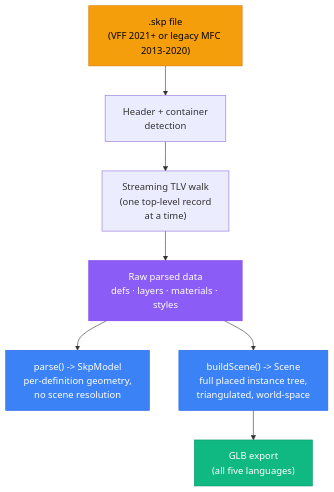
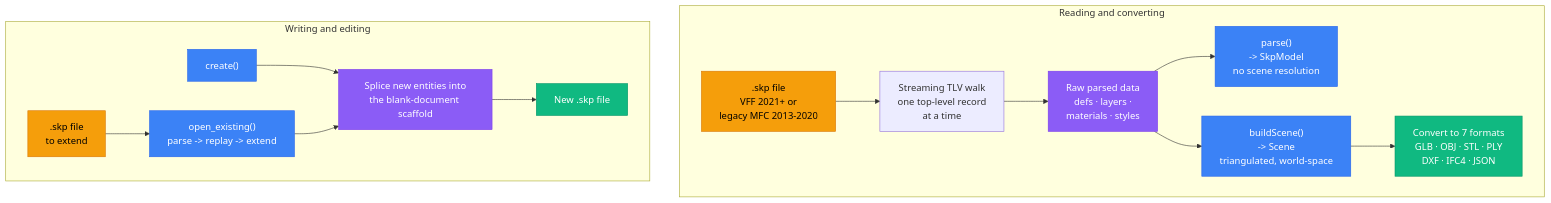
Before and after one commit to iamahsanmehmood/openskp: the diagram in README.md, drawn with Mermaid. The commit also changed other lines of this file, not shown here.

First line of the commit message:
README: add a visual AI-showcase section, rebuild the architecture diagram

````diff
--- a/README.md
+++ b/README.md
@@ -306,15 +340,30 @@
 ```mermaid
 graph TB
-    SKP[".skp file<br/>(VFF 2021+ or legacy MFC 2013-2020)"] --> HDR["Header + container<br/>detection"]
-    HDR --> WALK["Streaming TLV walk<br/>(one top-level record<br/>at a time)"]
-    WALK --> RAW["Raw parsed data<br/>defs · layers · materials · styles"]
-    RAW --> PARSE["parse() -> SkpModel<br/>per-definition geometry,<br/>no scene resolution"]
-    RAW --> SCENE["buildScene() -> Scene<br/>full placed instance tree,<br/>triangulated, world-space"]
-    SCENE --> GLB["GLB export<br/>(all five languages)"]
+    subgraph read[" Reading and converting "]
+        direction LR
+        SKP1[".skp file<br/>VFF 2021+ or<br/>legacy MFC 2013-2020"] --> WALK["Streaming TLV walk<br/>one top-level record<br/>at a time"]
+        WALK --> RAW["Raw parsed data<br/>defs · layers ·<br/>materials · styles"]
+        RAW --> PARSE["parse()<br/>-> SkpModel<br/>no scene resolution"]
+        RAW --> SCENE["buildScene()<br/>-> Scene<br/>triangulated, world-space"]
+        SCENE --> CONVERT["Convert to 7 formats<br/>GLB · OBJ · STL · PLY<br/>DXF · IFC4 · JSON"]
+    end
 
-    style SKP fill:#f59e0b,color:#000,stroke:#d97706
+    subgraph write[" Writing and editing "]
+        direction LR
+        NEW["create()"] --> SPLICE["Splice new entities into<br/>the blank-document scaffold"]
+        SKP2[".skp file<br/>to extend"] --> EDIT["open_existing()<br/>parse -> replay -> extend"]
+        EDIT --> SPLICE
+        SPLICE --> OUT["New .skp file"]
+    end
+
+    style SKP1 fill:#f59e0b,color:#000,stroke:#d97706
+    style SKP2 fill:#f59e0b,color:#000,stroke:#d97706
     style RAW fill:#8b5cf6,color:#fff,stroke:#7c3aed
+    style SPLICE fill:#8b5cf6,color:#fff,stroke:#7c3aed
     style PARSE fill:#3b82f6,color:#fff,stroke:#2563eb
     style SCENE fill:#3b82f6,color:#fff,stroke:#2563eb
-    style GLB fill:#10b981,color:#fff,stroke:#059669
+    style NEW fill:#3b82f6,color:#fff,stroke:#2563eb
+    style EDIT fill:#3b82f6,color:#fff,stroke:#2563eb
+    style CONVERT fill:#10b981,color:#fff,stroke:#059669
+    style OUT fill:#10b981,color:#fff,stroke:#059669
 ```
````
